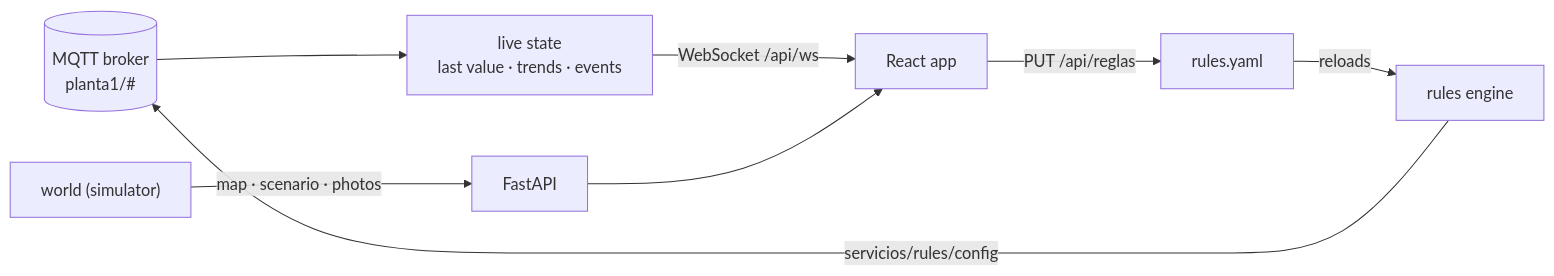
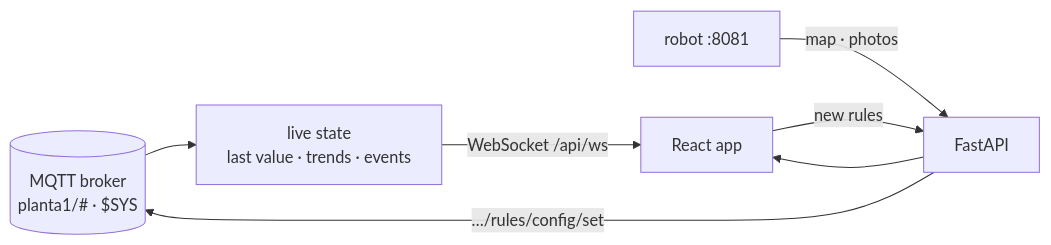
Before and after one commit to aseinotegi/plant-console: the diagram in README.md, drawn with Mermaid. The commit also changed other lines of this file and 32 other files, not shown here.

First line of the commit message:
Realistic plant map, rule builder, live MQTT, history, architecture and security pages

````diff
--- a/README.md
+++ b/README.md
@@ -37,9 +42,8 @@
 ```mermaid
 flowchart LR
-    B[("MQTT broker<br/>planta1/#")] --> L["live state<br/>last value · trends · events"]
+    B[("MQTT broker<br/>planta1/# · $SYS")] --> L["live state<br/>last value · trends · events"]
     L -- "WebSocket /api/ws" --> UI["React app"]
-    W["world (simulator)"] -- "map · scenario · photos" --> API["FastAPI"]
+    R["robot :8081"] -- "map · photos" --> API["FastAPI"]
     API --> UI
-    UI -- "PUT /api/reglas" --> F["rules.yaml"] -- "reloads" --> R["rules engine"]
-    R -- "servicios/rules/config" --> B
+    UI -- "new rules" --> API -- "…/rules/config/set" --> B
 ```
````
